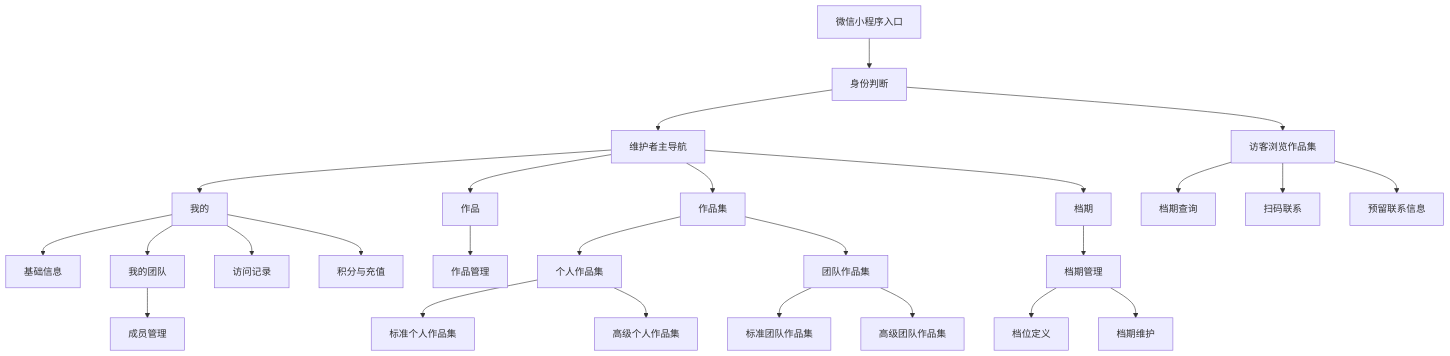
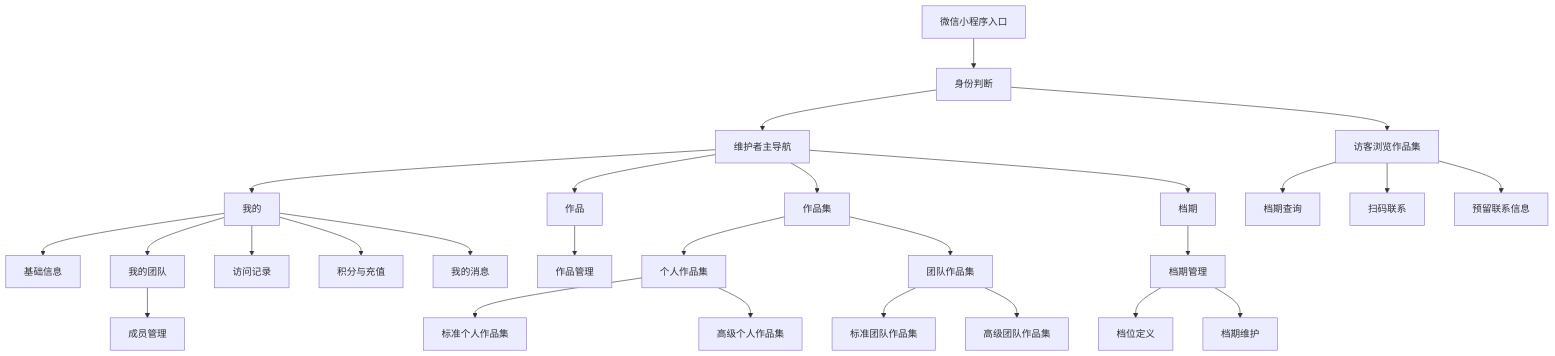
Before and after one commit to GodMime/WeFolio: the diagram in docs/PRD.md, drawn with Mermaid. The commit also changed other lines of this file and 27 other files, not shown here.

````diff
--- a/docs/PRD.md
+++ b/docs/PRD.md
@@ -310,28 +329,29 @@
 ```mermaid
 flowchart TD
   A["微信小程序入口"] --> B["身份判断"]
   B --> C["访客浏览作品集"]
   B --> D["维护者主导航"]
   D --> D1["我的"]
   D --> D2["作品"]
   D --> D3["作品集"]
   D --> D4["档期"]
   D1 --> E["基础信息"]
   D1 --> I["我的团队"]
   D1 --> J["访问记录"]
   D1 --> M["积分与充值"]
+  D1 --> O["我的消息"]
   D2 --> F["作品管理"]
   D3 --> H["个人作品集"]
   D3 --> I2["团队作品集"]
   D4 --> G["档期管理"]
   G --> G1["档位定义"]
   G --> G2["档期维护"]
   H --> H1["标准个人作品集"]
   H --> H2["高级个人作品集"]
   I --> I1["成员管理"]
   I2 --> I21["标准团队作品集"]
   I2 --> I22["高级团队作品集"]
   C --> K["档期查询"]
   C --> L["扫码联系"]
   C --> N["预留联系信息"]
 ```
````
